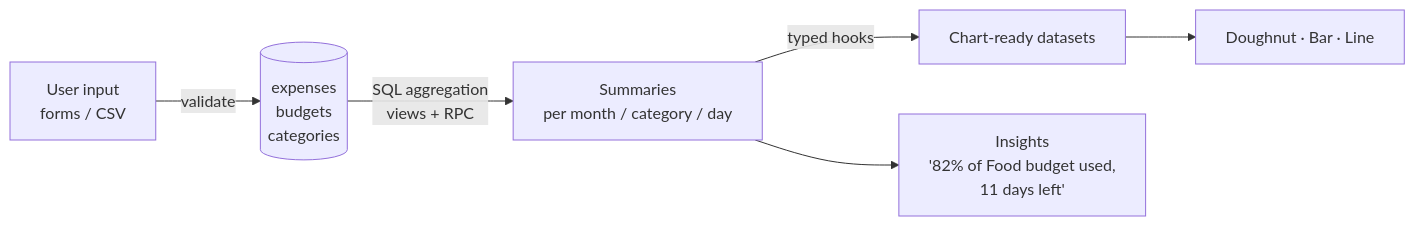
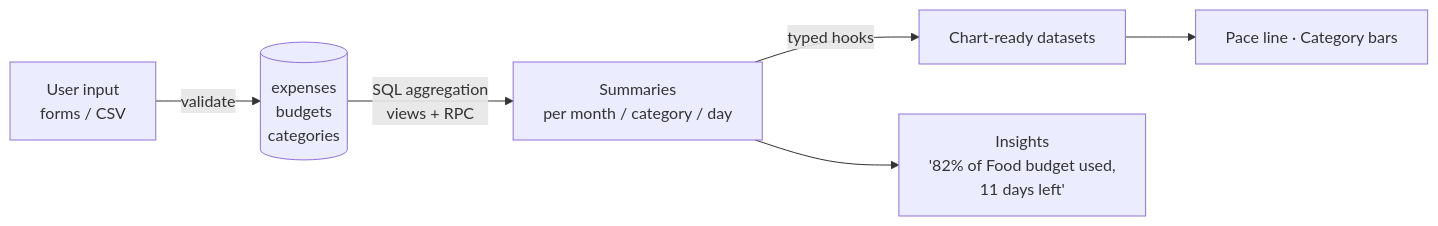
Before and after one commit to adityasingh-07/finance-dashboard: the seventh of 7 diagrams in finance-dashboard/docs/ARCHITECTURE.md, drawn with Mermaid. The commit also changed other lines of this file and 23 other files, not shown here.

````diff
--- a/finance-dashboard/docs/ARCHITECTURE.md
+++ b/finance-dashboard/docs/ARCHITECTURE.md
@@ -274,8 +274,8 @@
 ```mermaid
 flowchart LR
     A[User input<br/>forms / CSV] -->|validate| B[(expenses<br/>budgets<br/>categories)]
     B -->|SQL aggregation<br/>views + RPC| C[Summaries<br/>per month / category / day]
     C -->|typed hooks| D[Chart-ready datasets]
-    D --> E[Doughnut · Bar · Line]
+    D --> E[Pace line · Category bars]
     C --> F[Insights<br/>'82% of Food budget used,<br/>11 days left']
 ```
````
